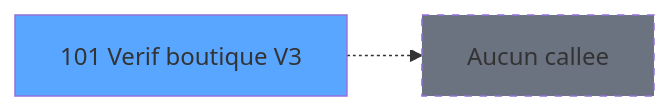
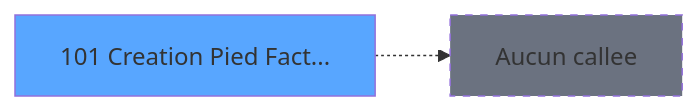
One commit to thonyAGP/lecteur-magic changed the third of 3 diagrams in .openspec/specs/ADH-IDE-101.md. Above: the diagram before and after it, drawn with Mermaid. The commit also changed other lines of this file and 33 other files, not shown here.

````diff
--- a/.openspec/specs/ADH-IDE-101.md
+++ b/.openspec/specs/ADH-IDE-101.md
@@ -186,8 +243,8 @@
 ```mermaid
 graph LR
-    T101[101 Verif boutique V3]
+    T101[101 Creation Pied Fact...]
     style T101 fill:#58a6ff
     NONE[Aucun callee]
     T101 -.-> NONE
     style NONE fill:#6b7280,stroke-dasharray: 5 5
 ```
````
